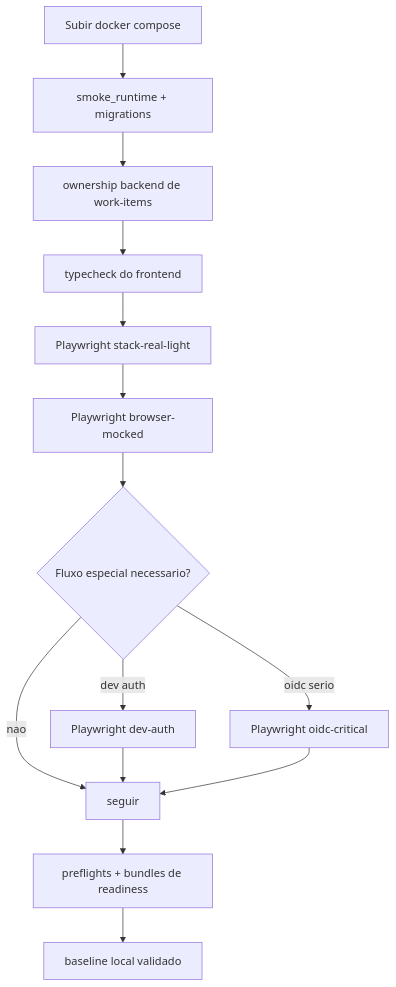
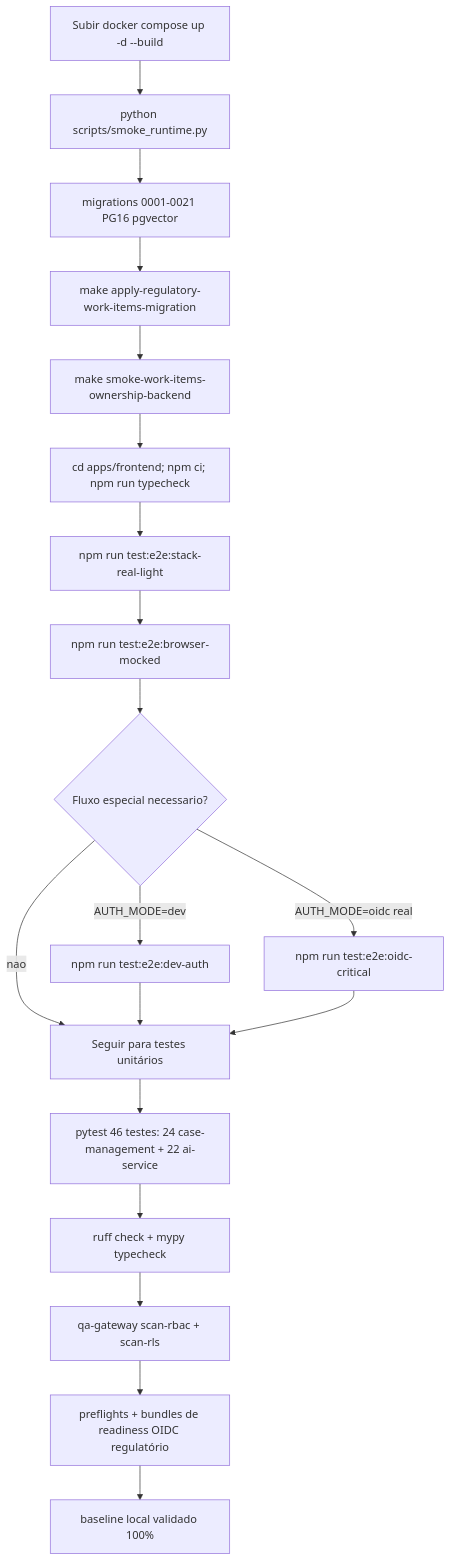
The fifth of 12 diagrams in README.md (Jistriane/Ontrackchain), drawn with Mermaid before and after one commit. The commit also changed other lines of this file and 4 other files, not shown here.

````diff
--- a/README.md
+++ b/README.md
@@ -207,16 +306,21 @@
 ```mermaid
 flowchart TD
-    A[Subir docker compose] --> B[smoke_runtime + migrations]
-    B --> C[ownership backend de work-items]
-    C --> D[typecheck do frontend]
-    D --> E[Playwright stack-real-light]
-    E --> F[Playwright browser-mocked]
+    A[Subir docker compose up -d --build] --> B[python scripts/smoke_runtime.py]
+    B --> B2[migrations 0001-0021 PG16 pgvector]
+    B2 --> C[make apply-regulatory-work-items-migration]
+    C --> C2[make smoke-work-items-ownership-backend]
+    C2 --> D[cd apps/frontend; npm ci; npm run typecheck]
+    D --> E[npm run test:e2e:stack-real-light]
+    E --> F[npm run test:e2e:browser-mocked]
     F --> G{Fluxo especial necessario?}
-    G -->|dev auth| H[Playwright dev-auth]
-    G -->|oidc serio| I[Playwright oidc-critical]
-    G -->|nao| J[seguir]
+    G -->|AUTH_MODE=dev| H[npm run test:e2e:dev-auth]
+    G -->|AUTH_MODE=oidc real| I[npm run test:e2e:oidc-critical]
+    G -->|nao| J[Seguir para testes unitários]
     H --> J
     I --> J
-    J --> K[preflights + bundles de readiness]
-    K --> L[baseline local validado]
+    J --> K[pytest 46 testes: 24 case-management + 22 ai-service]
+    K --> L[ruff check + mypy typecheck]
+    L --> M[qa-gateway scan-rbac + scan-rls]
+    M --> N[preflights + bundles de readiness OIDC regulatório]
+    N --> O[baseline local validado 100%]
 ```
````
